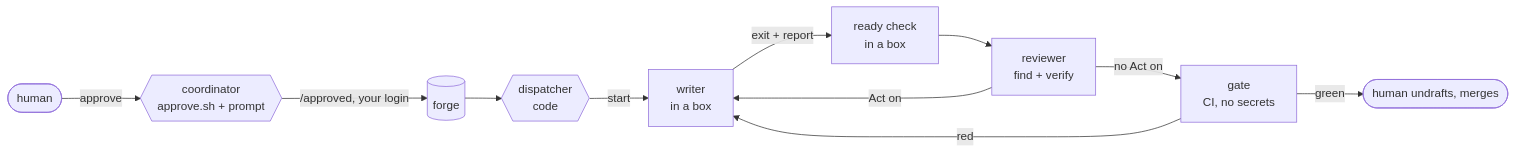
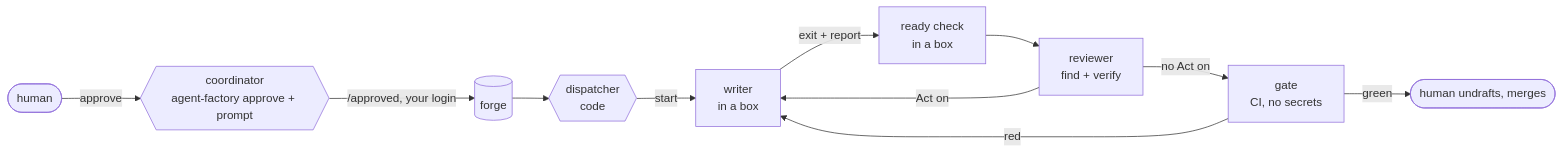
The first of 2 diagrams in README.md (chiyanram/agent-factory), drawn with Mermaid before and after one commit. The commit also changed other lines of this file and 4 other files, not shown here.

First line of the commit message:
feat(cli): approve records the human's go-ahead bound to the spec hash; approval reads it (#104)

````diff
--- a/README.md
+++ b/README.md
@@ -55,13 +55,13 @@
 ```mermaid
 flowchart LR
-    H([human]) -- "approve" --> C{{coordinator<br/>approve.sh + prompt}}
+    H([human]) -- "approve" --> C{{coordinator<br/>agent-factory approve + prompt}}
     C -- "/approved, your login" --> F[(forge)]
     F --> D{{dispatcher<br/>code}}
     D -- start --> W[writer<br/>in a box]
     W -- "exit + report" --> RC[ready check<br/>in a box]
     RC --> R[reviewer<br/>find + verify]
     R -- "Act on" --> W
     R -- "no Act on" --> G[gate<br/>CI, no secrets]
     G -- red --> W
     G -- green --> H2([human undrafts, merges])
 ```
````
